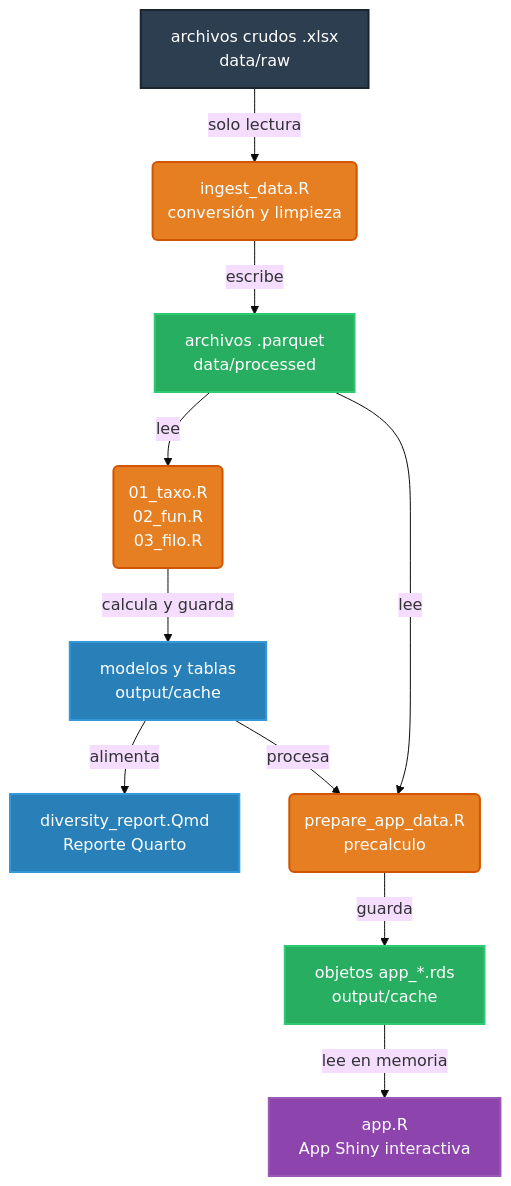
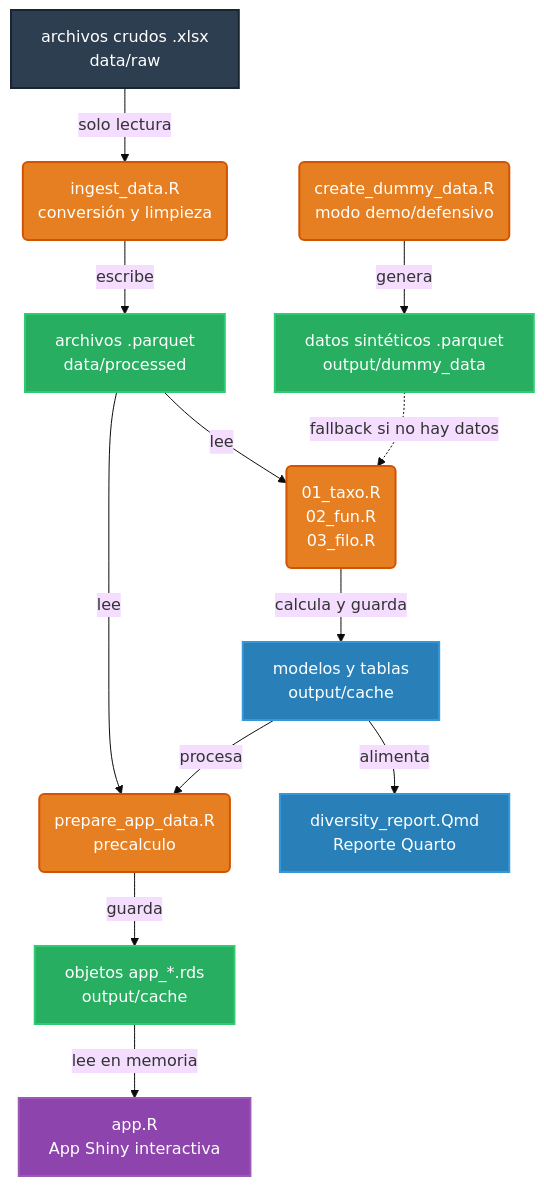
The diagram in README.md (lobatojorge/TeideSpiders), drawn with Mermaid (base theme) before and after one commit. The commit also changed other lines of this file, not shown here.

````diff
--- a/README.md
+++ b/README.md
@@ -41,34 +41,39 @@
 ```mermaid
 graph TD
     %% Estilos
     classDef raw fill:#2C3E50,stroke:#1A252F,color:#fff,stroke-width:2px;
     classDef proc fill:#27AE60,stroke:#2ECC71,color:#fff,stroke-width:2px;
     classDef script fill:#E67E22,stroke:#D35400,color:#fff,stroke-width:2px;
     classDef output fill:#2980B9,stroke:#3498DB,color:#fff,stroke-width:2px;
     classDef app fill:#8E44AD,stroke:#9B59B6,color:#fff,stroke-width:2px;
 
     %% Nodos
     A[archivos crudos .xlsx<br/>data/raw]:::raw
     B(ingest_data.R<br/>conversión y limpieza):::script
     C[archivos .parquet<br/>data/processed]:::proc
     
     D(01_taxo.R<br/>02_fun.R<br/>03_filo.R):::script
     E[modelos y tablas<br/>output/cache]:::output
     
     F[diversity_report.Qmd<br/>Reporte Quarto]:::output
     G(prepare_app_data.R<br/>precalculo):::script
     
     H[objetos app_*.rds<br/>output/cache]:::proc
     I[app.R<br/>App Shiny interactiva]:::app
+    
+    J(create_dummy_data.R<br/>modo demo/defensivo):::script
+    K[datos sintéticos .parquet<br/>output/dummy_data]:::proc
 
     %% Conexiones
     A -->|solo lectura| B
     B -->|escribe| C
     C -->|lee| D
     D -->|calcula y guarda| E
     E -->|alimenta| F
     E -->|procesa| G
     C -->|lee| G
     G -->|guarda| H
     H -->|lee en memoria| I
+    J -->|genera| K
+    K -.->|fallback si no hay datos| D
 ```
````
